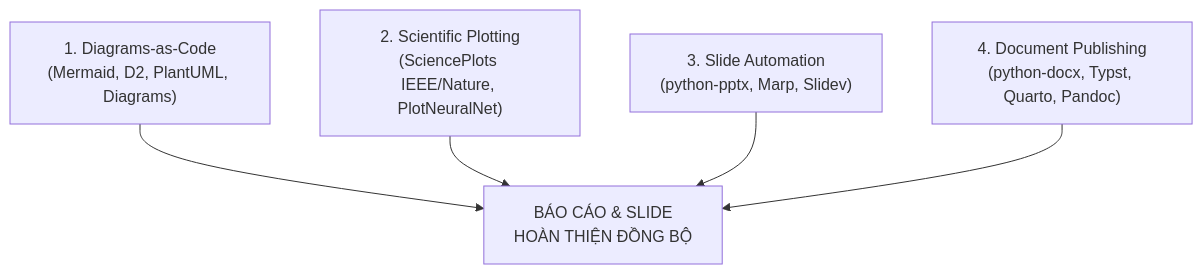
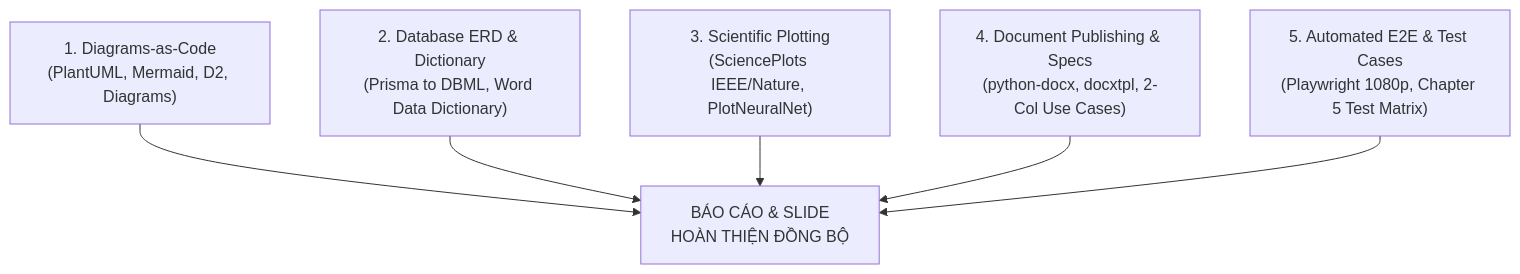
One commit to Escanor292/caimo changed the diagram in .agents/skills/academic-report-and-slides/SKILL.md. Above: the diagram before and after it, drawn with Mermaid. The commit also changed other lines of this file and 19 other files, not shown here.

````diff
--- a/.agents/skills/academic-report-and-slides/SKILL.md
+++ b/.agents/skills/academic-report-and-slides/SKILL.md
@@ -20,7 +23,8 @@
 ```mermaid
 flowchart TD
-    P1["1. Diagrams-as-Code<br/>(Mermaid, D2, PlantUML, Diagrams)"] --> OUT["BÁO CÁO & SLIDE<br/>HOÀN THIỆN ĐỒNG BỘ"]
-    P2["2. Scientific Plotting<br/>(SciencePlots IEEE/Nature, PlotNeuralNet)"] --> OUT
-    P3["3. Slide Automation<br/>(python-pptx, Marp, Slidev)"] --> OUT
-    P4["4. Document Publishing<br/>(python-docx, Typst, Quarto, Pandoc)"] --> OUT
+    P1["1. Diagrams-as-Code<br/>(PlantUML, Mermaid, D2, Diagrams)"] --> OUT["BÁO CÁO & SLIDE<br/>HOÀN THIỆN ĐỒNG BỘ"]
+    P2["2. Database ERD & Dictionary<br/>(Prisma to DBML, Word Data Dictionary)"] --> OUT
+    P3["3. Scientific Plotting<br/>(SciencePlots IEEE/Nature, PlotNeuralNet)"] --> OUT
+    P4["4. Document Publishing & Specs<br/>(python-docx, docxtpl, 2-Col Use Cases)"] --> OUT
+    P5["5. Automated E2E & Test Cases<br/>(Playwright 1080p, Chapter 5 Test Matrix)"] --> OUT
 ```
````
